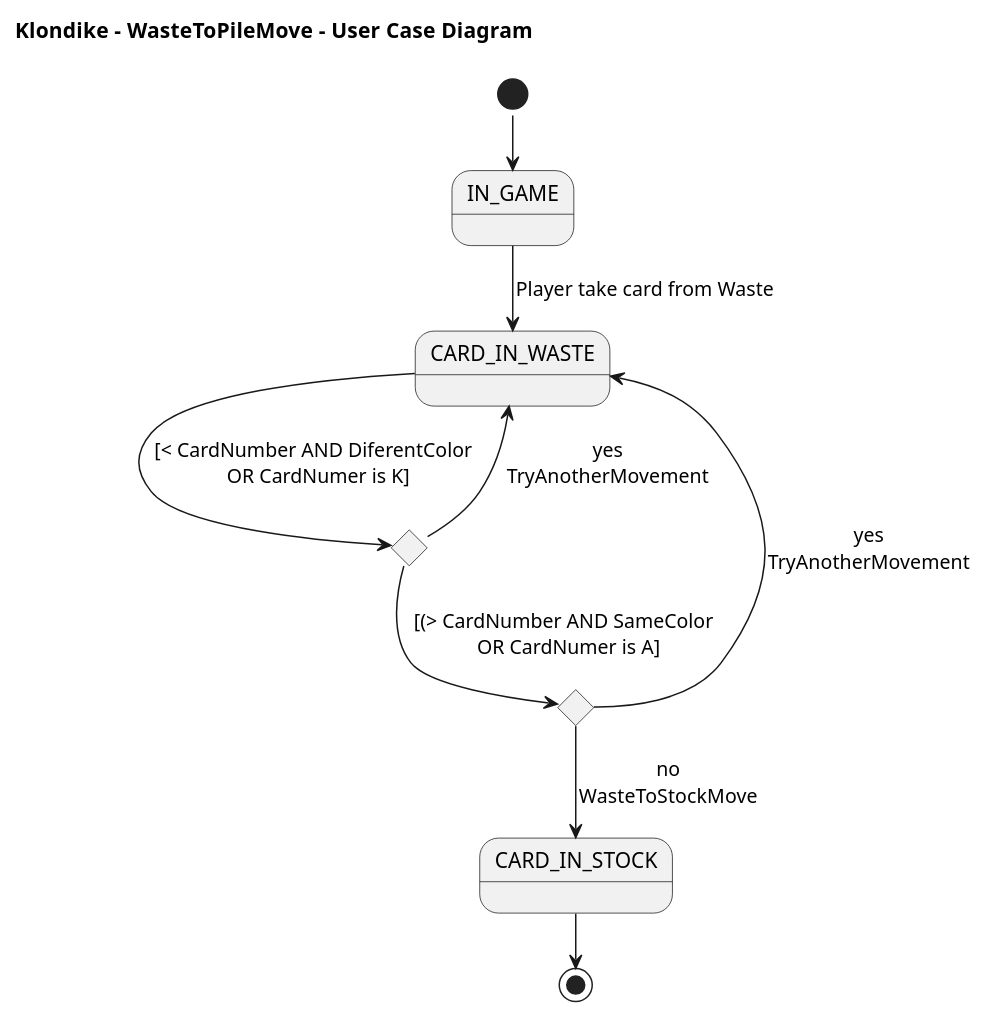
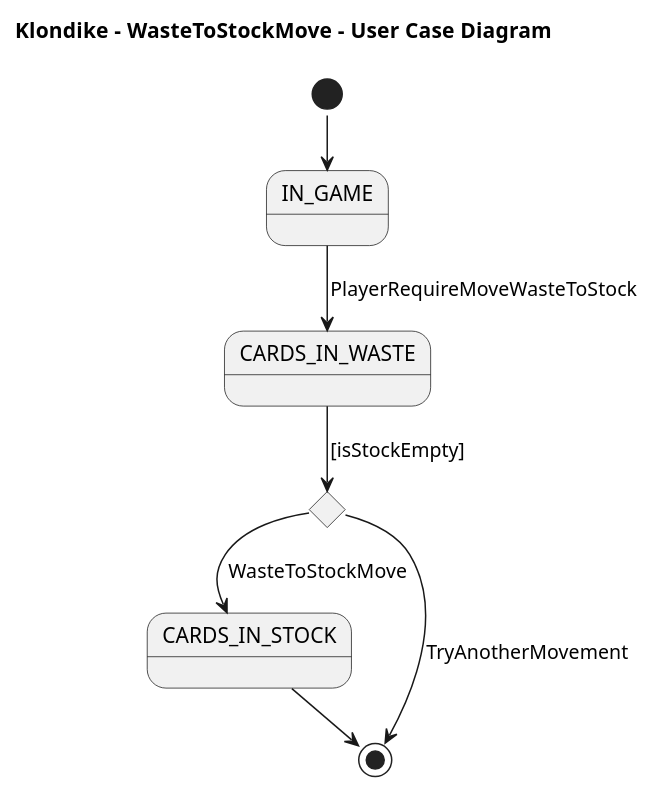
Before and after one commit to AngelOS95P/Maestria_IngSoftware_grupo6: the diagram in 2 Modelo de vistas de caso de uso/Diagrama de caso de uso - WasteToStock.plantuml, drawn with PlantUML. The commit also changed 13 other files, not shown here.

```diff
--- a/2 Modelo de vistas de caso de uso/Diagrama de caso de uso - WasteToStock.plantuml
+++ b/2 Modelo de vistas de caso de uso/Diagrama de caso de uso - WasteToStock.plantuml
@@ -1,20 +1,17 @@
-@startuml UCWasteToPileMove
+@startuml UCWasteToStockMove
 !pragma layout smetana
-title Klondike  - WasteToPileMove - User Case Diagram
+title Klondike  - WasteToStockMove - User Case Diagram
 
 state IN_GAME
-state CARD_IN_WASTE
+state CARDS_IN_WASTE
 state if <<choice>>
-state if2 <<choice>>
-state CARD_IN_STOCK
+state CARDS_IN_STOCK
 
 [*] --> IN_GAME
-IN_GAME --> CARD_IN_WASTE: Player take card from Waste
-CARD_IN_WASTE --> if: [< CardNumber AND DiferentColor \n OR CardNumer is K]
-if --> if2: [(> CardNumber AND SameColor \n OR CardNumer is A]
-if --> CARD_IN_WASTE: yes\nTryAnotherMovement
-if2 --> CARD_IN_STOCK: no\nWasteToStockMove
-if2 --> CARD_IN_WASTE: yes\nTryAnotherMovement
-CARD_IN_STOCK --> [*]
+IN_GAME --> CARDS_IN_WASTE: PlayerRequireMoveWasteToStock
+CARDS_IN_WASTE --> if: [isStockEmpty]
+if --> CARDS_IN_STOCK: WasteToStockMove
+if --> [*]: TryAnotherMovement
+CARDS_IN_STOCK --> [*]
 
 @enduml
```
